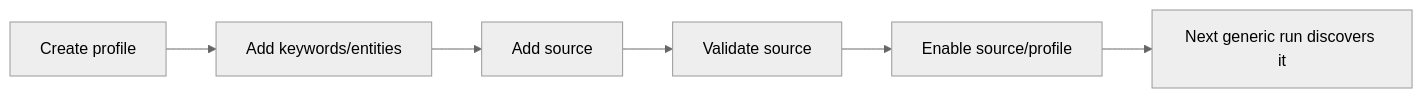
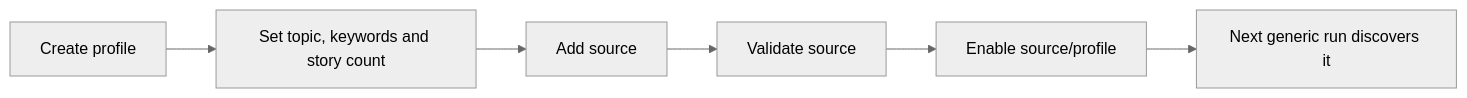
Before and after one commit to vbian88/news4legends: the third of 6 diagrams in docs/ARCHITECTURE.md, drawn with Mermaid (neutral theme). The commit also changed other lines of this file and 17 other files, not shown here.

````diff
--- a/docs/ARCHITECTURE.md
+++ b/docs/ARCHITECTURE.md
@@ -49,8 +49,8 @@
 ```mermaid
 flowchart LR
-    A["Create profile"] --> B["Add keywords/entities"]
+    A["Create profile"] --> B["Set topic, keywords and story count"]
     B --> C["Add source"]
     C --> D["Validate source"]
     D --> E["Enable source/profile"]
     E --> F["Next generic run discovers it"]
 ```
````
